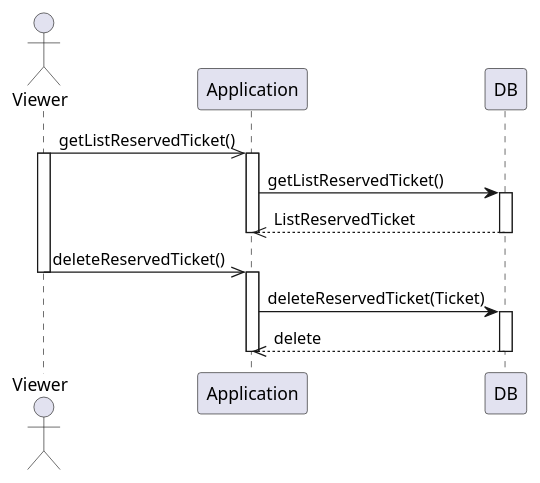
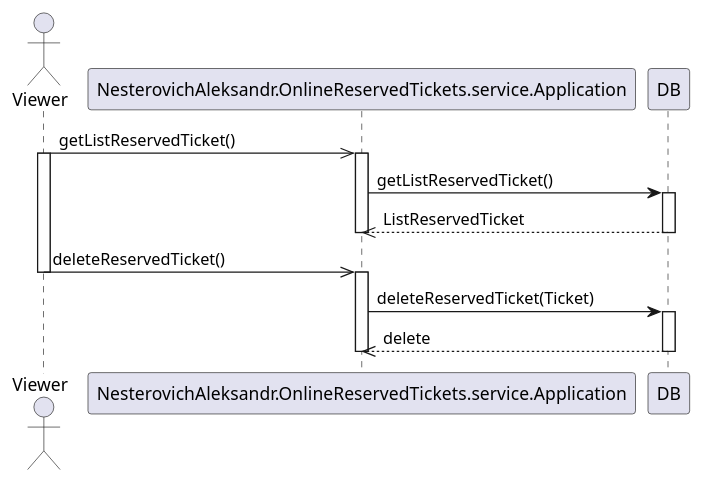
Before and after one commit to chivo-retsen/OnlineReservedTickets: the diagram in src/main/resources/UML/cancel a reserved ticket.puml, drawn with PlantUML. The commit also changed 31 other files, not shown here.

```diff
--- a/src/main/resources/UML/cancel a reserved ticket.puml
+++ b/src/main/resources/UML/cancel a reserved ticket.puml
@@ -1,25 +1,25 @@
 @startuml
 
 actor Viewer
 
-Viewer ->> Application : getListReservedTicket()
+Viewer ->> NesterovichAleksandr.OnlineReservedTickets.service.Application : getListReservedTicket()
 activate Viewer
-activate Application
-Application -> DB : getListReservedTicket()
+activate NesterovichAleksandr.OnlineReservedTickets.service.Application
+NesterovichAleksandr.OnlineReservedTickets.service.Application -> DB : getListReservedTicket()
 activate DB
-Application <<-- DB : ListReservedTicket
+NesterovichAleksandr.OnlineReservedTickets.service.Application <<-- DB : ListReservedTicket
 deactivate DB
-deactivate Application
-Viewer ->> Application : deleteReservedTicket()
+deactivate NesterovichAleksandr.OnlineReservedTickets.service.Application
+Viewer ->> NesterovichAleksandr.OnlineReservedTickets.service.Application : deleteReservedTicket()
 deactivate Viewer
-activate Application
-Application -> DB : deleteReservedTicket(Ticket)
+activate NesterovichAleksandr.OnlineReservedTickets.service.Application
+NesterovichAleksandr.OnlineReservedTickets.service.Application -> DB : deleteReservedTicket(Ticket)
 activate DB
-Application <<-- DB : delete
+NesterovichAleksandr.OnlineReservedTickets.service.Application <<-- DB : delete
 deactivate DB
 
 database DB
 
-deactivate Application
+deactivate NesterovichAleksandr.OnlineReservedTickets.service.Application
 
 @enduml
```
